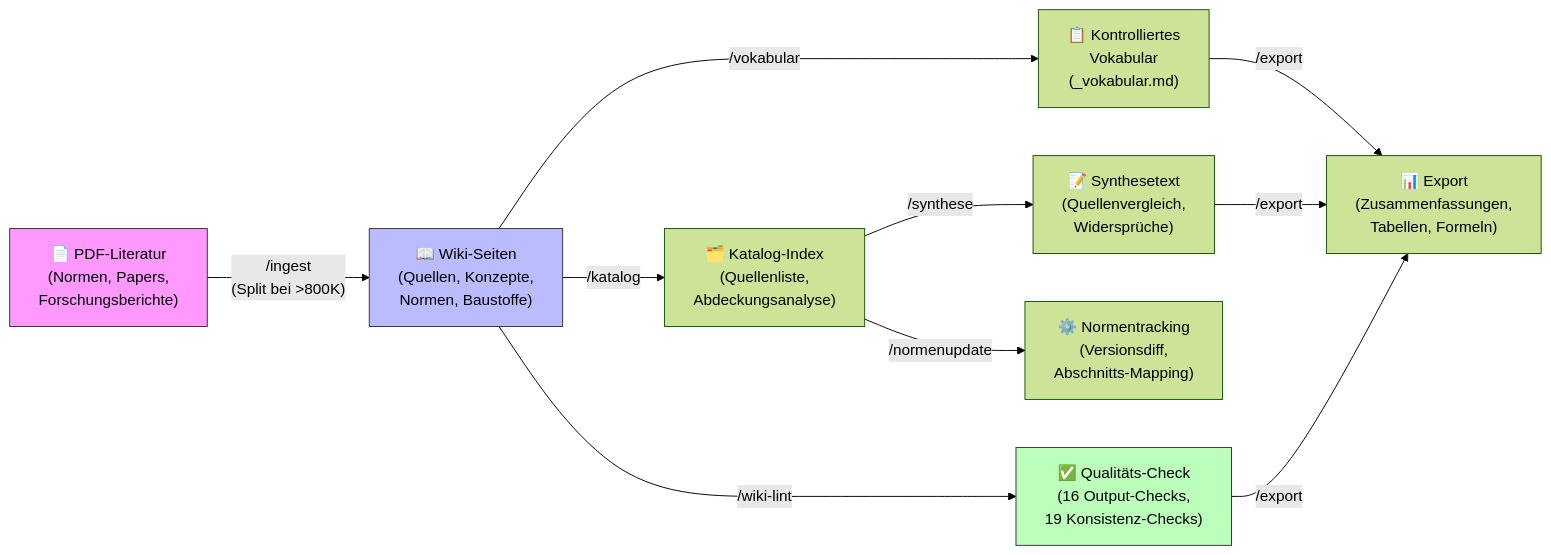
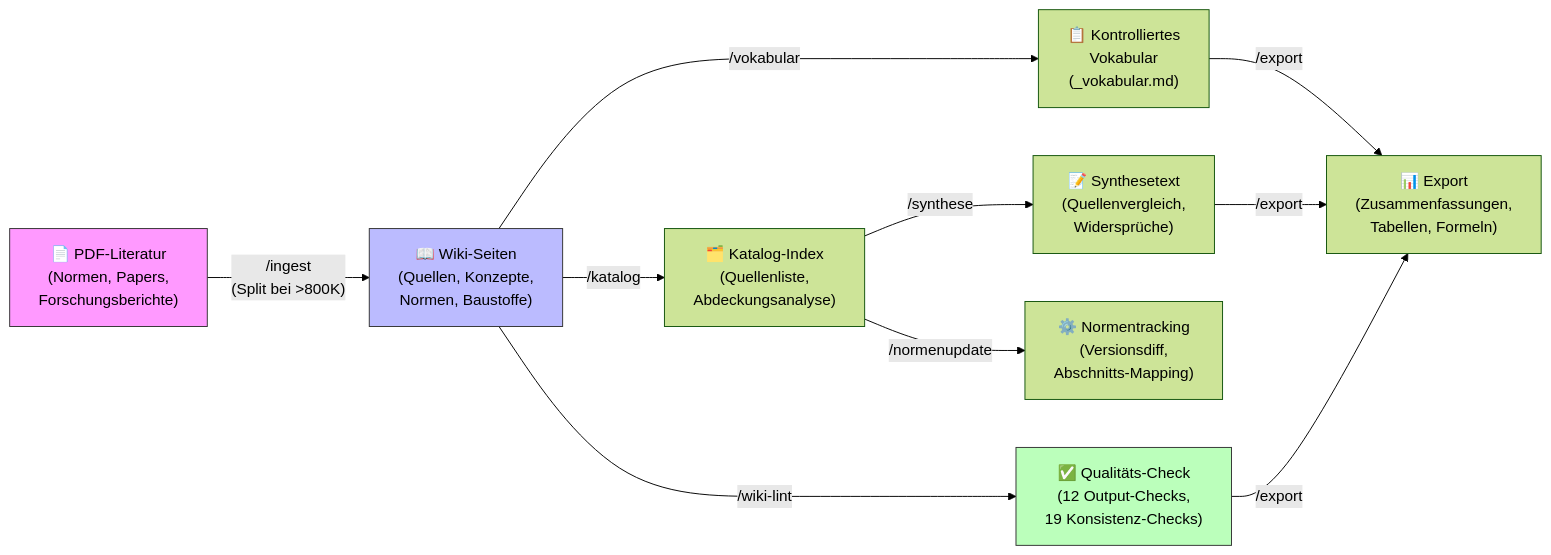
The diagram in ARCHITECTURE.md (Disskaette/llm-wiki), drawn with Mermaid (forest theme) before and after one commit. The commit also changed other lines of this file and 22 other files, not shown here.

````diff
--- a/ARCHITECTURE.md
+++ b/ARCHITECTURE.md
@@ -5,16 +5,16 @@
 ```mermaid
 graph LR
     A["📄 PDF-Literatur\n(Normen, Papers,\nForschungsberichte)"] -->|"/ingest\n(Split bei >800K)"| B["📖 Wiki-Seiten\n(Quellen, Konzepte,\nNormen, Baustoffe)"]
     B -->|/vokabular| C["📋 Kontrolliertes\nVokabular\n(_vokabular.md)"]
     B -->|/katalog| D["🗂️ Katalog-Index\n(Quellenliste,\nAbdeckungsanalyse)"]
-    B -->|/wiki-lint| E["✅ Qualitäts-Check\n(16 Output-Checks,\n19 Konsistenz-Checks)"]
+    B -->|/wiki-lint| E["✅ Qualitäts-Check\n(12 Output-Checks,\n19 Konsistenz-Checks)"]
     D -->|/synthese| F["📝 Synthesetext\n(Quellenvergleich,\nWidersprüche)"]
     F -->|/export| G["📊 Export\n(Zusammenfassungen,\nTabellen, Formeln)"]
     E -->|/export| G
     C -->|/export| G
     D -->|/normenupdate| H["⚙️ Normentracking\n(Versionsdiff,\nAbschnitts-Mapping)"]
 
     style A fill:#f9f,stroke:#333
     style B fill:#bbf,stroke:#333
     style E fill:#bfb,stroke:#333
 ```
````
